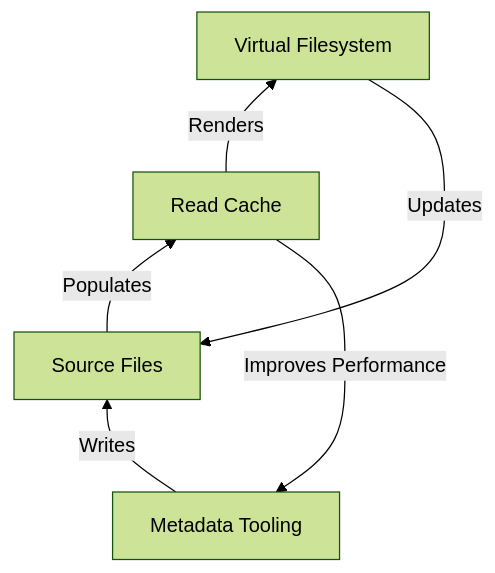
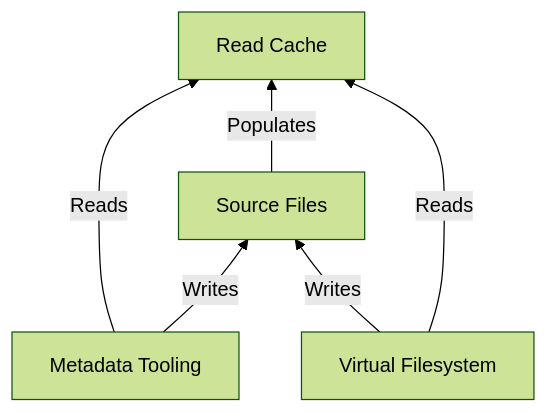
Before and after one commit to azuline/rose: the diagram in README.md, drawn with Mermaid (forest theme).

Commit message:
fix mermaid diagram

````diff
--- a/README.md
+++ b/README.md
@@ -269,8 +269,12 @@
 ```mermaid
 flowchart BT
-    M[Metadata Tooling]    -->|Writes| S
-    S[Source Files]        -->|Populates| C
-    C[Read Cache]          -->|Renders| V
-    C[Read Cache]          -->|Improves Performance| M
-    V[Virtual Filesystem]  -->|Updates| S
+    S[Source Files]
+    C[Read Cache]
+    M[Metadata Tooling]
+    V[Virtual Filesystem]
+    S -->|Populates| C
+    M -->|Reads| C
+    M -->|Writes| S
+    V -->|Writes| S
+    V -->|Reads| C
 ```
````
